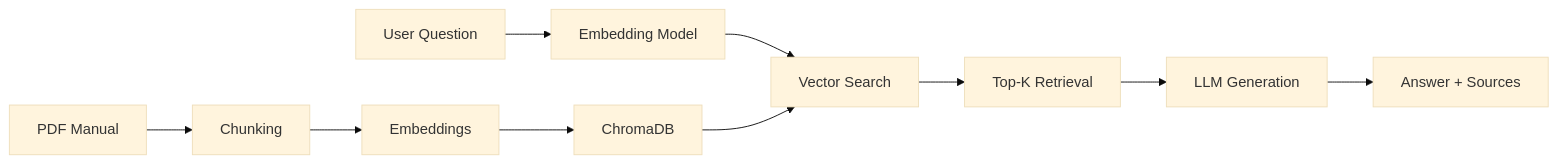
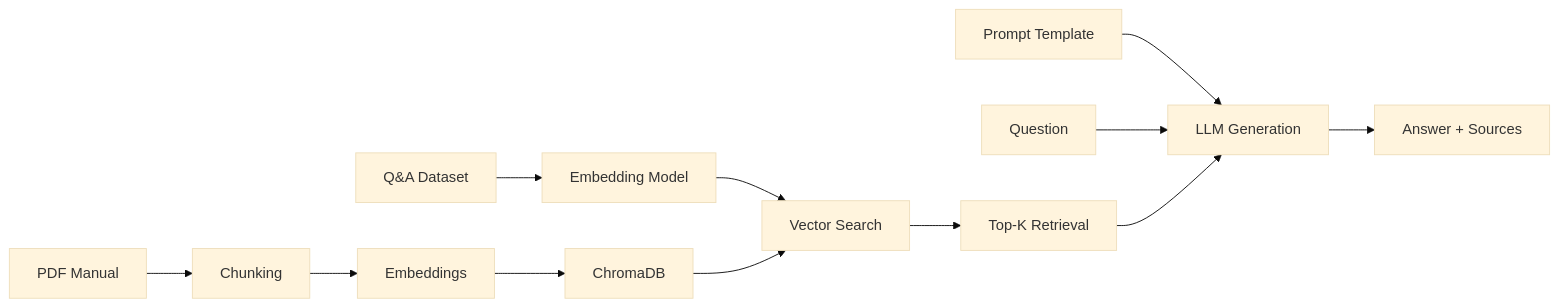
Before and after one commit to khchu93/Board_game_Q_and_A: the diagram in README.md, drawn with Mermaid (base theme).

````diff
--- a/README.md
+++ b/README.md
@@ -170,13 +170,15 @@
 ```mermaid
 graph LR
-    A[User Question] --> B[Embedding Model]
+    A[Q&A Dataset] --> B[Embedding Model]
     B --> C[Vector Search]
     C --> D[Top-K Retrieval]
-    D --> E[LLM Generation]
-    E --> F[Answer + Sources]
+    E[Prompt Template] --> F[LLM Generation]
+    L[Question] --> F[LLM Generation]
+    D --> F[LLM Generation]
+    F --> G[Answer + Sources]
     
-    G[PDF Manual] --> H[Chunking]
-    H --> I[Embeddings]
-    I --> J[ChromaDB]
-    J --> C
+    H[PDF Manual] --> I[Chunking]
+    I --> J[Embeddings]
+    J --> K[ChromaDB]
+    K --> C
 ```
````
